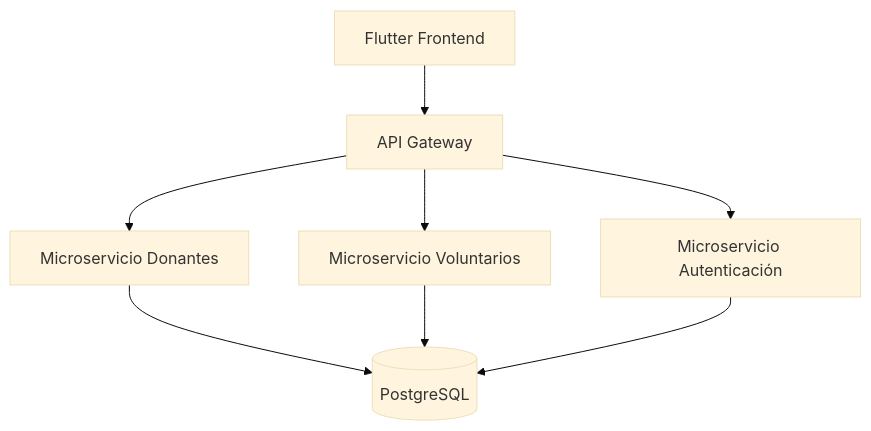
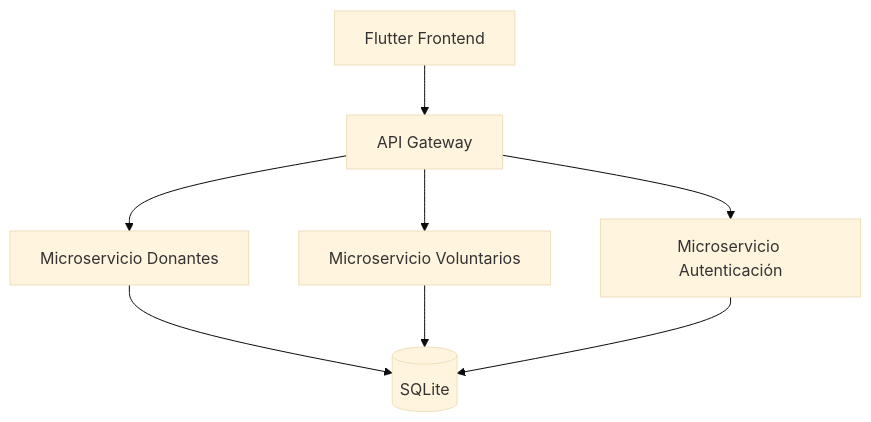
One commit to ISCODEVUTB/CodeForGood changed the diagram in docs/architecture.md. Above: the diagram before and after it, drawn with Mermaid (base theme). The commit also changed other lines of this file, not shown here.

````diff
--- a/docs/architecture.md
+++ b/docs/architecture.md
@@ -1,10 +1,10 @@
 ```mermaid
 graph TD
     A[Flutter Frontend] --> B[API Gateway]
     B --> C[Microservicio Donantes]
     B --> D[Microservicio Voluntarios]
     B --> E[Microservicio Autenticación]
-    C --> F[(PostgreSQL)]
+    C --> F[(SQLite)]
     D --> F
     E --> F
 ```
````
